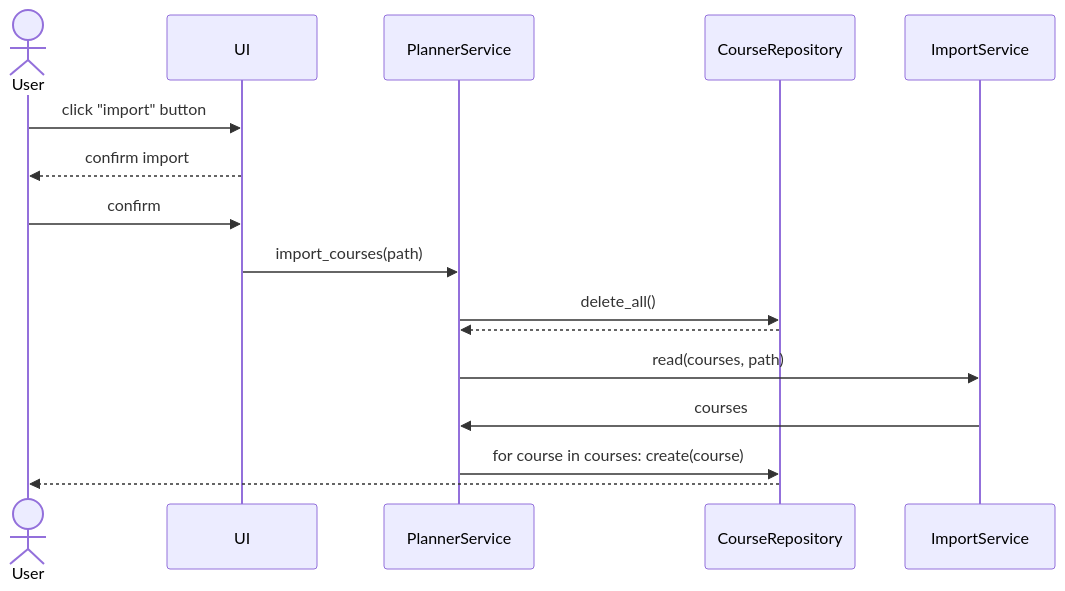
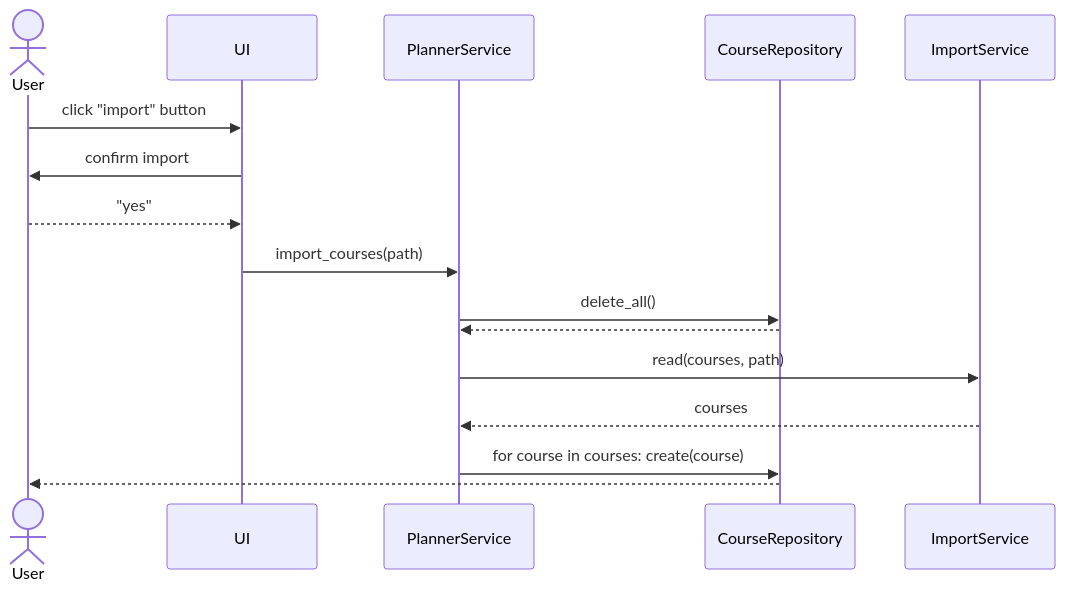
One commit to TheJiahao/ohte-harjoitustyo changed the seventh of 7 diagrams in dokumentaatio/arkkitehtuuri.md. Above: the diagram before and after it, drawn with Mermaid. The commit also changed other lines of this file and 1 other file, not shown here.

````diff
--- a/dokumentaatio/arkkitehtuuri.md
+++ b/dokumentaatio/arkkitehtuuri.md
@@ -246,15 +243,15 @@
 ```mermaid
 sequenceDiagram
 actor User
 
 User ->> UI: click "import" button
-UI -->> User: confirm import
-User ->> UI: confirm
+UI ->> User: confirm import
+User -->> UI: "yes"
 UI ->> PlannerService: import_courses(path)
 PlannerService ->> CourseRepository: delete_all()
 CourseRepository -->> PlannerService: 
 PlannerService ->> ImportService: read(courses, path)
-ImportService ->> PlannerService: courses
+ImportService -->> PlannerService: courses
 PlannerService ->> CourseRepository: for course in courses: create(course)
 CourseRepository -->> User: 
 ```
````
